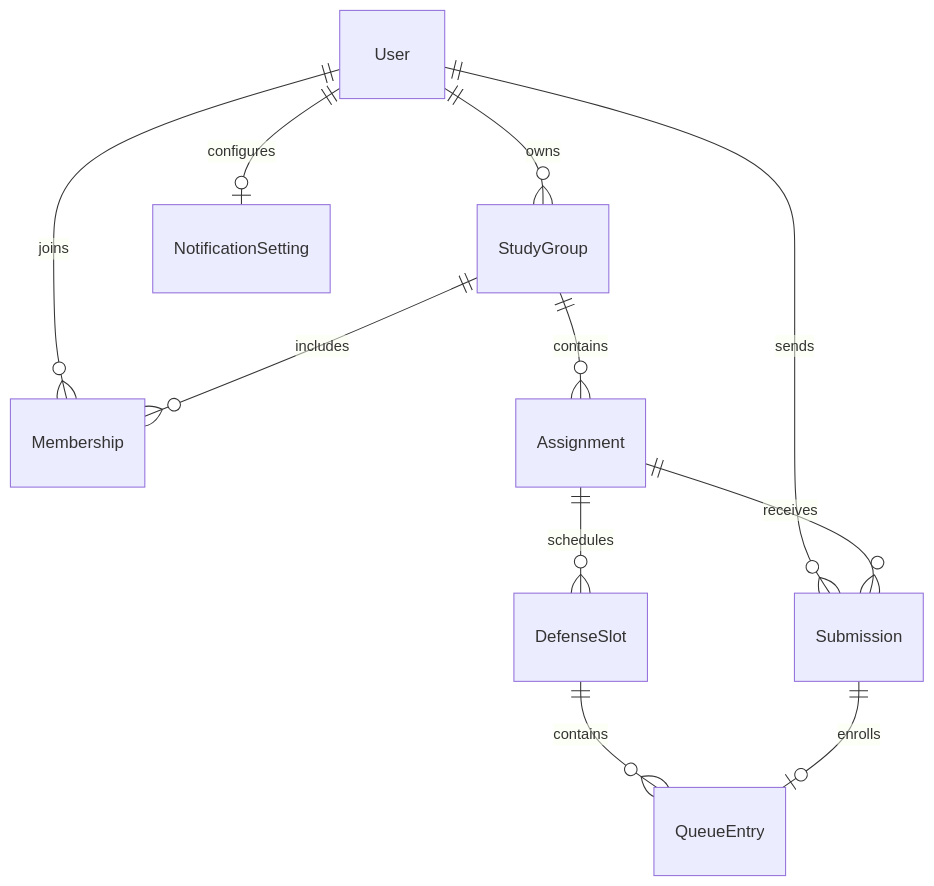
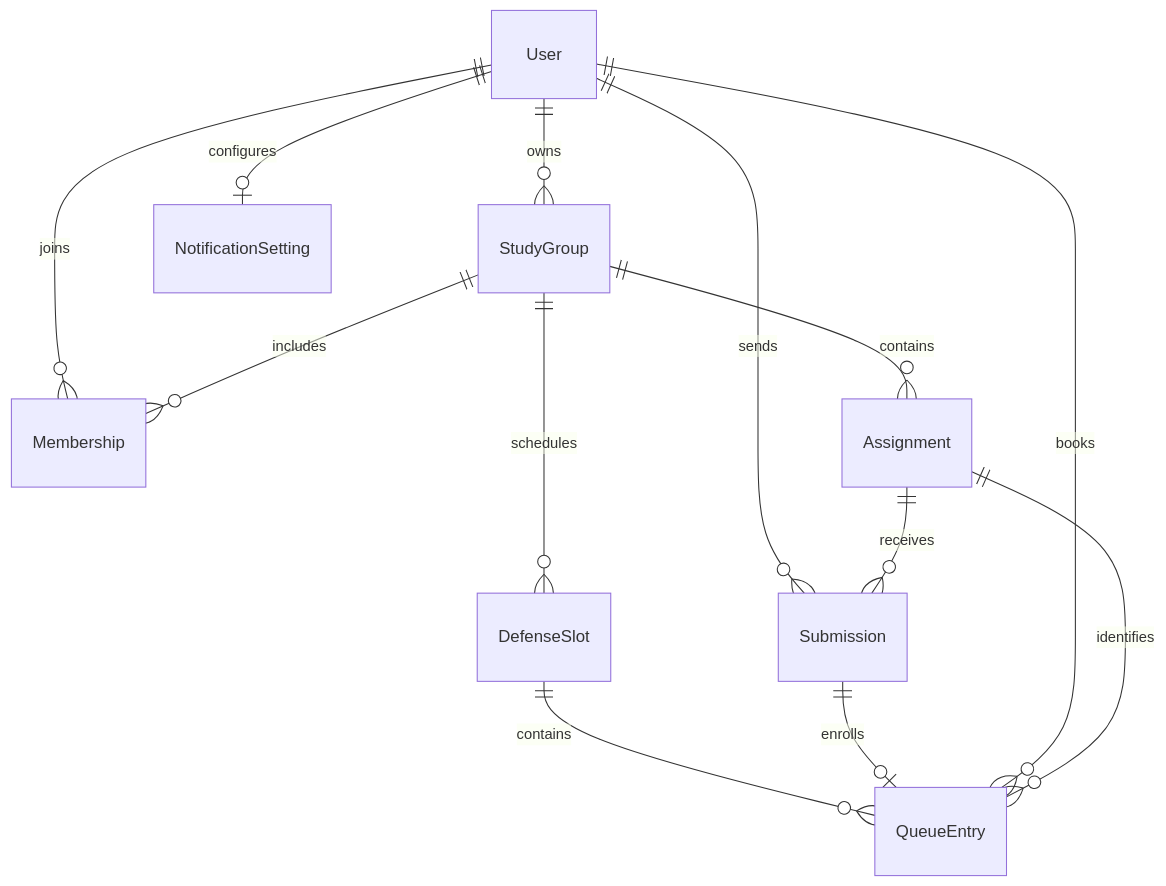
The diagram in docs/integration.md (Grooblik/LabDefender), drawn with Mermaid before and after one commit. The commit also changed other lines of this file and 2 other files, not shown here.

````diff
--- a/docs/integration.md
+++ b/docs/integration.md
@@ -735,13 +709,15 @@
 ```mermaid
 erDiagram
     User ||--o{ StudyGroup : owns
     User ||--o{ Membership : joins
     StudyGroup ||--o{ Membership : includes
     StudyGroup ||--o{ Assignment : contains
     User ||--o{ Submission : sends
     Assignment ||--o{ Submission : receives
-    Assignment ||--o{ DefenseSlot : schedules
+    StudyGroup ||--o{ DefenseSlot : schedules
     DefenseSlot ||--o{ QueueEntry : contains
     Submission ||--o| QueueEntry : enrolls
+    User ||--o{ QueueEntry : books
+    Assignment ||--o{ QueueEntry : identifies
     User ||--o| NotificationSetting : configures
 ```
````
